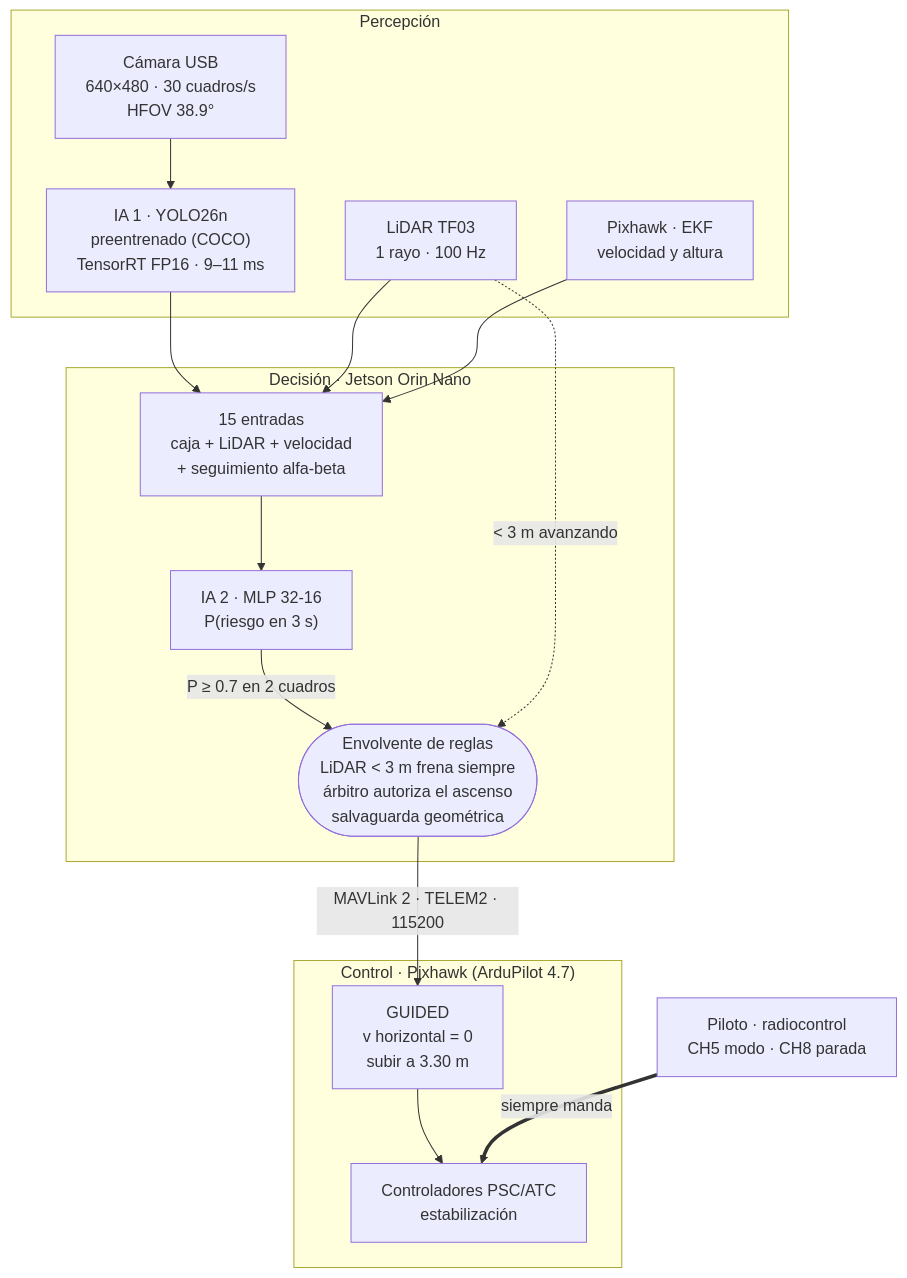
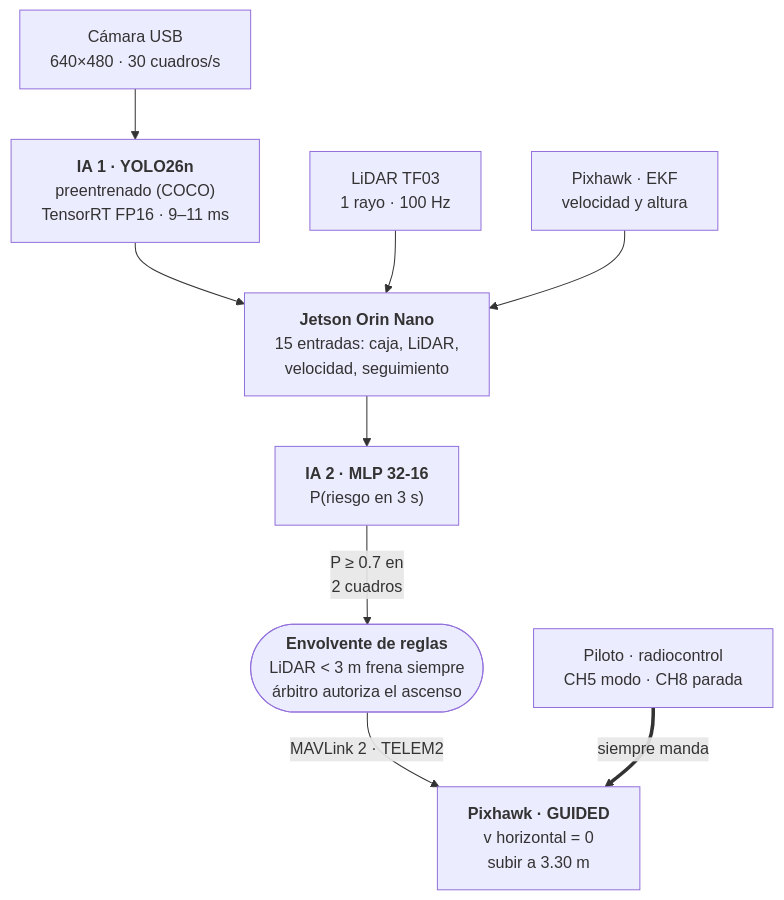
One commit to brahianorrego/Tesis-IA-Drone changed the diagram in docs/documento/diagramas/01_arquitectura.mmd. Above: the diagram before and after it, drawn with Mermaid. The commit also changed 25 other files, not shown here.

First line of the commit message:
Documento v2: diagramas legibles, anexos con hipervínculos y formato de la plantilla USB

```diff
--- a/docs/documento/diagramas/01_arquitectura.mmd
+++ b/docs/documento/diagramas/01_arquitectura.mmd
@@ -1,20 +1,11 @@
 flowchart TB
-    subgraph P["Percepción"]
-        CAM["Cámara USB<br/>640×480 · 30 cuadros/s<br/>HFOV 38.9°"] --> YOLO["IA 1 · YOLO26n<br/>preentrenado (COCO)<br/>TensorRT FP16 · 9–11 ms"]
-        LID["LiDAR TF03<br/>1 rayo · 100 Hz"]
-        EKF["Pixhawk · EKF<br/>velocidad y altura"]
-    end
-    subgraph D["Decisión · Jetson Orin Nano"]
-        ENT["15 entradas<br/>caja + LiDAR + velocidad<br/>+ seguimiento alfa-beta"] --> MLP["IA 2 · MLP 32-16<br/>P(riesgo en 3 s)"]
-        MLP -->|"P ≥ 0.7 en 2 cuadros"| ENV
-        ENV(["Envolvente de reglas<br/>LiDAR &lt; 3 m frena siempre<br/>árbitro autoriza el ascenso<br/>salvaguarda geométrica"])
-    end
-    subgraph C["Control · Pixhawk (ArduPilot 4.7)"]
-        GUI["GUIDED<br/>v horizontal = 0<br/>subir a 3.30 m"] --> PID["Controladores PSC/ATC<br/>estabilización"]
-    end
+    CAM["Cámara USB<br/>640×480 · 30 cuadros/s"] --> YOLO["<b>IA 1 · YOLO26n</b><br/>preentrenado (COCO)<br/>TensorRT FP16 · 9–11 ms"]
+    LID["LiDAR TF03<br/>1 rayo · 100 Hz"]
+    EKF["Pixhawk · EKF<br/>velocidad y altura"]
     YOLO --> ENT
     LID --> ENT
     EKF --> ENT
-    LID -.->|"&lt; 3 m avanzando"| ENV
-    ENV -->|"MAVLink 2 · TELEM2 · 115200"| GUI
-    RC["Piloto · radiocontrol<br/>CH5 modo · CH8 parada"] ==>|"siempre manda"| PID
+    ENT["<b>Jetson Orin Nano</b><br/>15 entradas: caja, LiDAR,<br/>velocidad, seguimiento"] --> MLP["<b>IA 2 · MLP 32-16</b><br/>P(riesgo en 3 s)"]
+    MLP -->|"P ≥ 0.7 en<br/>2 cuadros"| ENV(["<b>Envolvente de reglas</b><br/>LiDAR &lt; 3 m frena siempre<br/>árbitro autoriza el ascenso"])
+    ENV -->|"MAVLink 2 · TELEM2"| GUI["<b>Pixhawk · GUIDED</b><br/>v horizontal = 0<br/>subir a 3.30 m"]
+    RC["Piloto · radiocontrol<br/>CH5 modo · CH8 parada"] ==>|"siempre manda"| GUI
```
